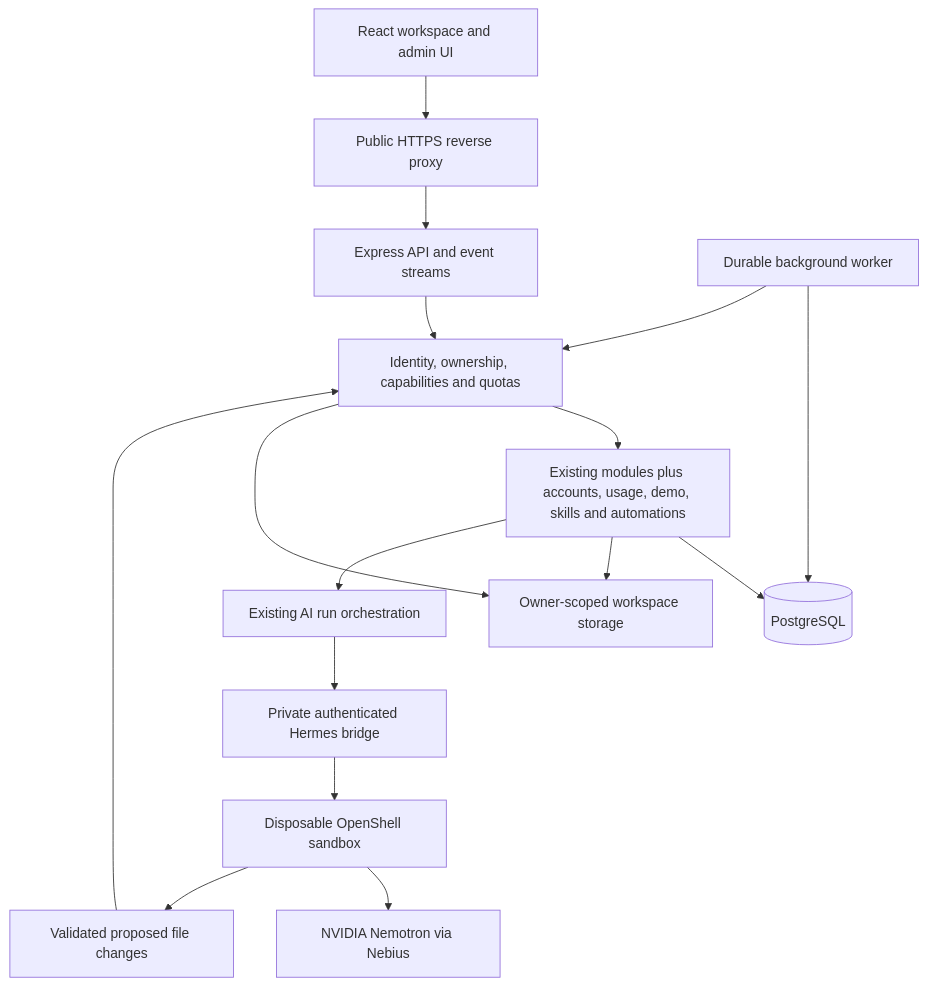
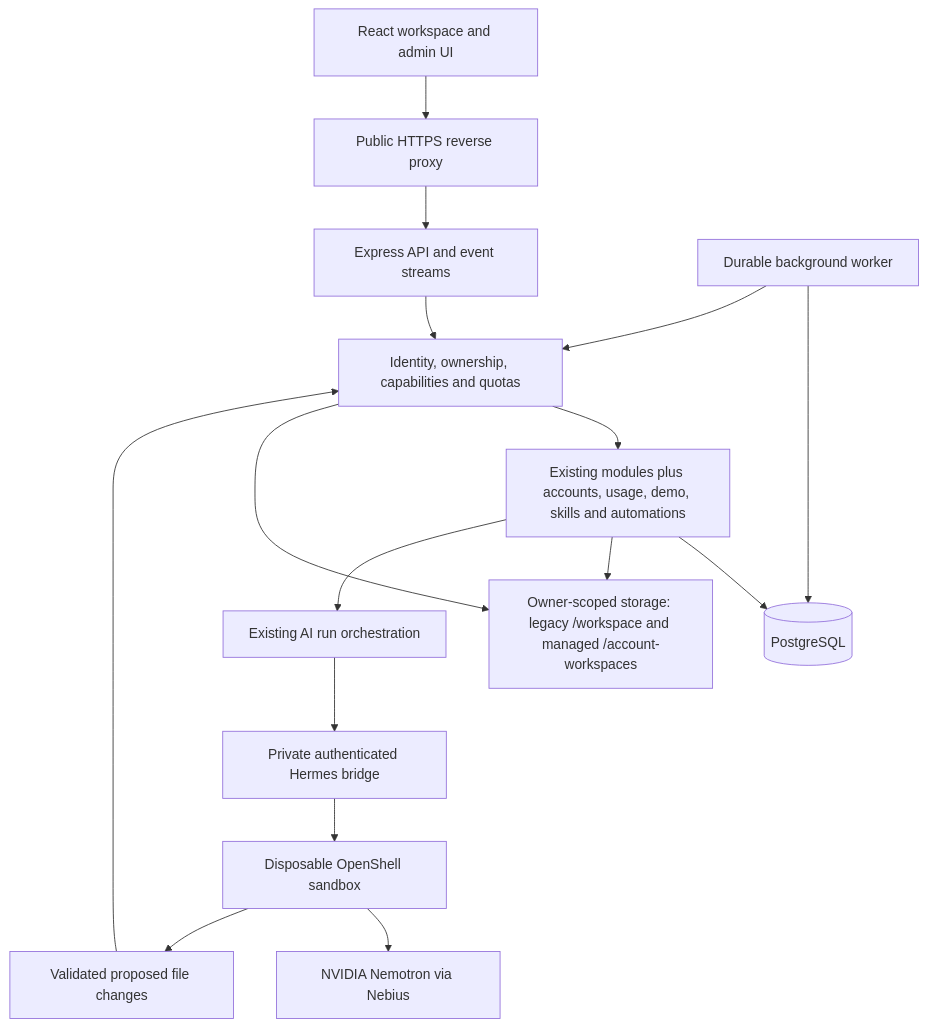
The diagram in docs/hackathon-release/architecture.md (pataninn/Personal-AI-Workspace), drawn with Mermaid before and after one commit. The commit also changed other lines of this file and 163 other files, not shown here.

Commit message:
feat(workspaces): enforce account ownership boundaries

````diff
--- a/docs/hackathon-release/architecture.md
+++ b/docs/hackathon-release/architecture.md
@@ -44,18 +46,18 @@
 ```mermaid
 flowchart TD
   Browser[React workspace and admin UI] --> Proxy[Public HTTPS reverse proxy]
   Proxy --> API[Express API and event streams]
   API --> Policy[Identity, ownership, capabilities and quotas]
   Policy --> Modules[Existing modules plus accounts, usage, demo, skills and automations]
   Modules --> DB[(PostgreSQL)]
-  Modules --> Files[Owner-scoped workspace storage]
+  Modules --> Files[Owner-scoped storage: legacy /workspace and managed /account-workspaces]
   Worker[Durable background worker] --> DB
   Worker --> Policy
   Modules --> Runs[Existing AI run orchestration]
   Runs --> Bridge[Private authenticated Hermes bridge]
   Bridge --> Sandbox[Disposable OpenShell sandbox]
   Sandbox --> Model[NVIDIA Nemotron via Nebius]
   Sandbox --> Validation[Validated proposed file changes]
   Validation --> Policy
   Policy --> Files
 ```
````
